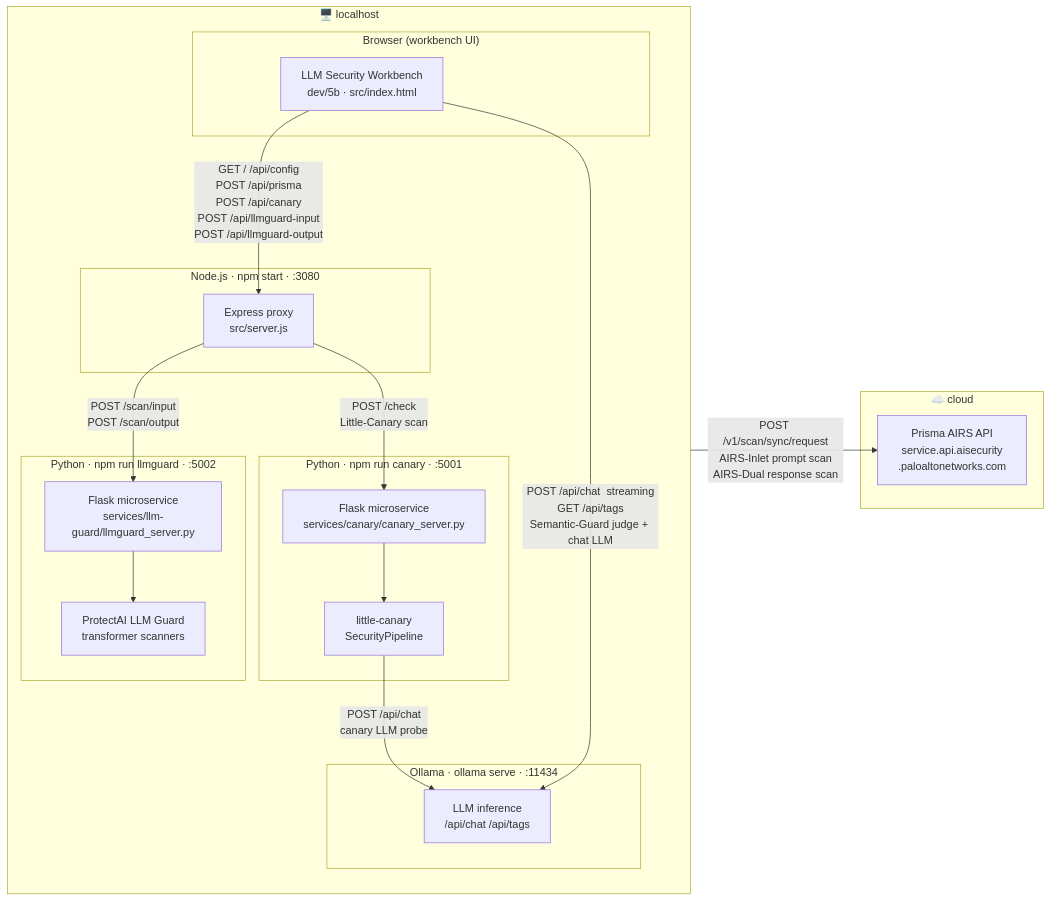
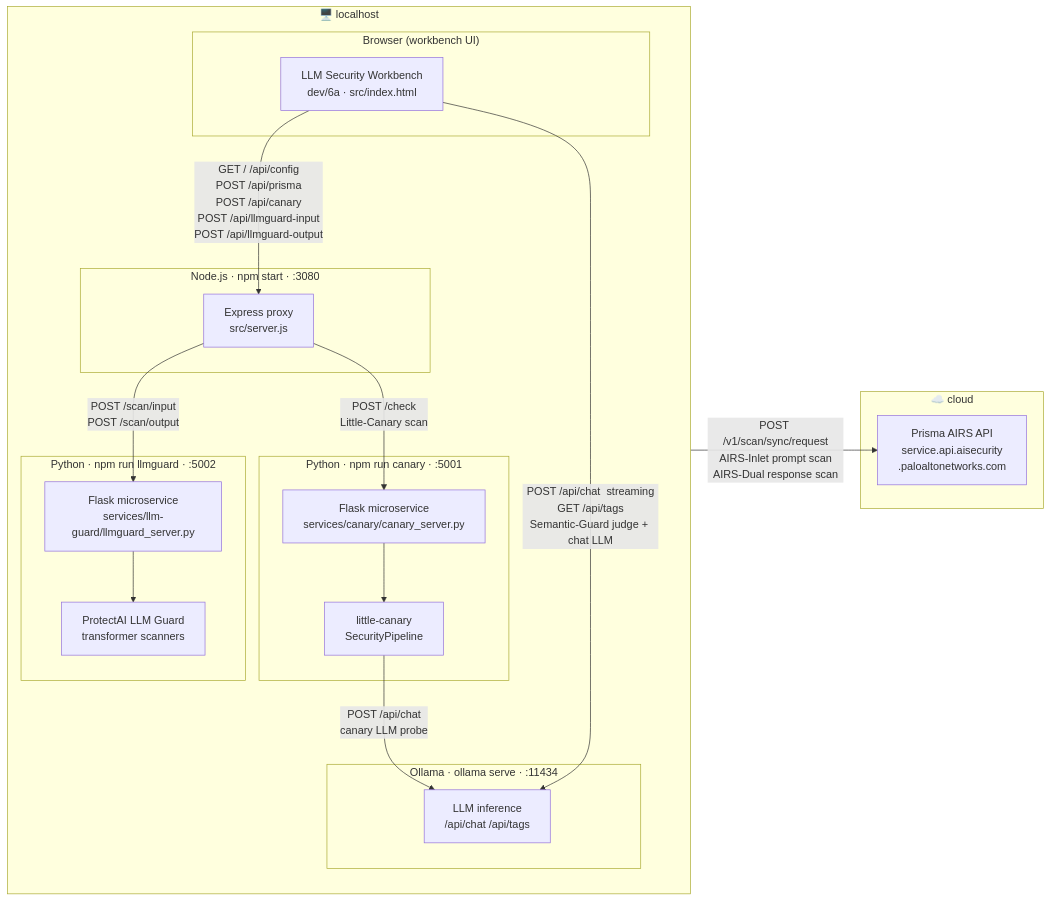
The second of 2 diagrams in docs/ARCHITECTURE.md (packetcraft/llm-security-workbench), drawn with Mermaid before and after one commit. The commit also changed 6 other files, not shown here.

````diff
--- a/docs/ARCHITECTURE.md
+++ b/docs/ARCHITECTURE.md
@@ -96,52 +96,52 @@
 ```mermaid
 graph LR
     subgraph LOCAL ["🖥️  localhost"]
         direction TB
 
         subgraph BROWSER ["Browser (workbench UI)"]
-            UI["LLM Security Workbench\ndev/5b · src/index.html"]
+            UI["LLM Security Workbench\ndev/6a · src/index.html"]
         end
 
         subgraph NODE ["Node.js · npm start · :3080"]
             PROXY["Express proxy\nsrc/server.js"]
         end
 
         subgraph LGFLASK ["Python · npm run llmguard · :5002"]
             LGSERV["Flask microservice\nservices/llm-guard/llmguard_server.py"]
             LGSCAN["ProtectAI LLM Guard\ntransformer scanners"]
             LGSERV --> LGSCAN
         end
 
         subgraph PYTHON ["Python · npm run canary · :5001"]
             FLASK["Flask microservice\nservices/canary/canary_server.py"]
             LC["little-canary\nSecurityPipeline"]
             FLASK --> LC
         end
 
         subgraph OLLAMA ["Ollama · ollama serve · :11434"]
             OLL["LLM inference\n/api/chat  /api/tags"]
         end
     end
 
     subgraph CLOUD ["☁️  cloud"]
         AIRS["Prisma AIRS API\nservice.api.aisecurity\n.paloaltonetworks.com"]
     end
 
     %% Browser → Node proxy
     UI -- "GET /  /api/config\nPOST /api/prisma\nPOST /api/canary\nPOST /api/llmguard-input\nPOST /api/llmguard-output" --> PROXY
 
     %% Browser → Ollama direct (streaming)
     UI -- "POST /api/chat  streaming\nGET /api/tags\nSemantic-Guard judge + chat LLM" --> OLL
 
     %% Node → Prisma AIRS (cloud)
     PROXY -- "POST /v1/scan/sync/request\nAIRS-Inlet prompt scan\nAIRS-Dual response scan" --> AIRS
 
     %% Node → LLM Guard Flask
     PROXY -- "POST /scan/input\nPOST /scan/output" --> LGSERV
 
     %% Node → Little-Canary Flask
     PROXY -- "POST /check\nLittle-Canary scan" --> FLASK
 
     %% Flask → Ollama (canary probe)
     LC -- "POST /api/chat\ncanary LLM probe" --> OLL
 ```
````
